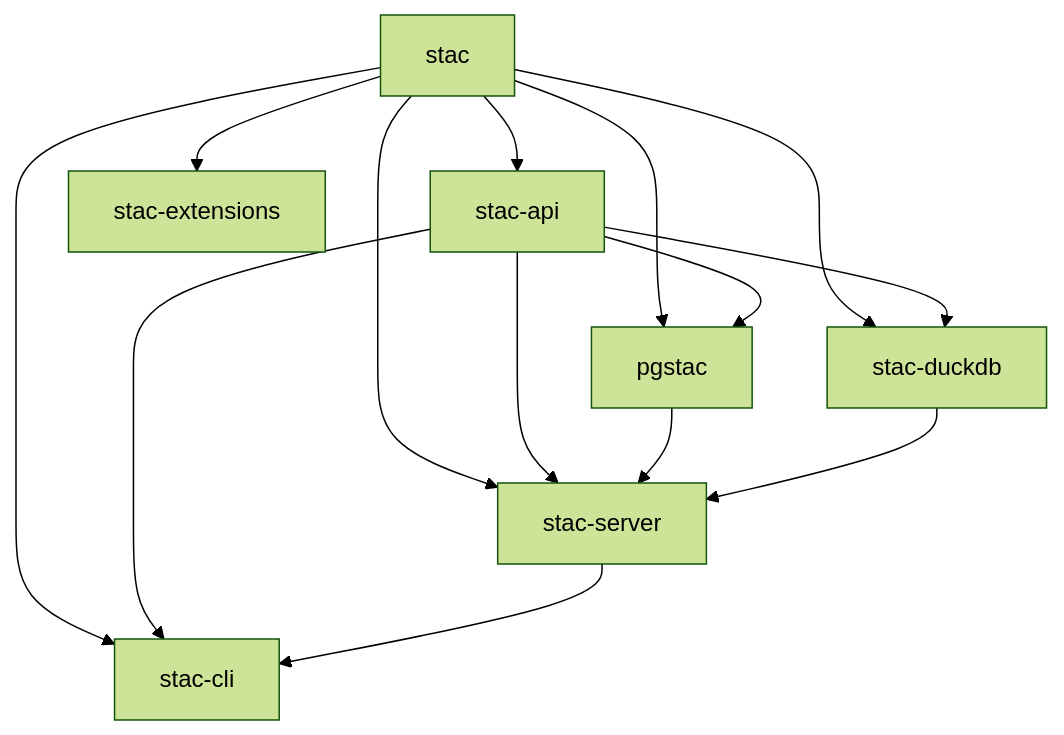
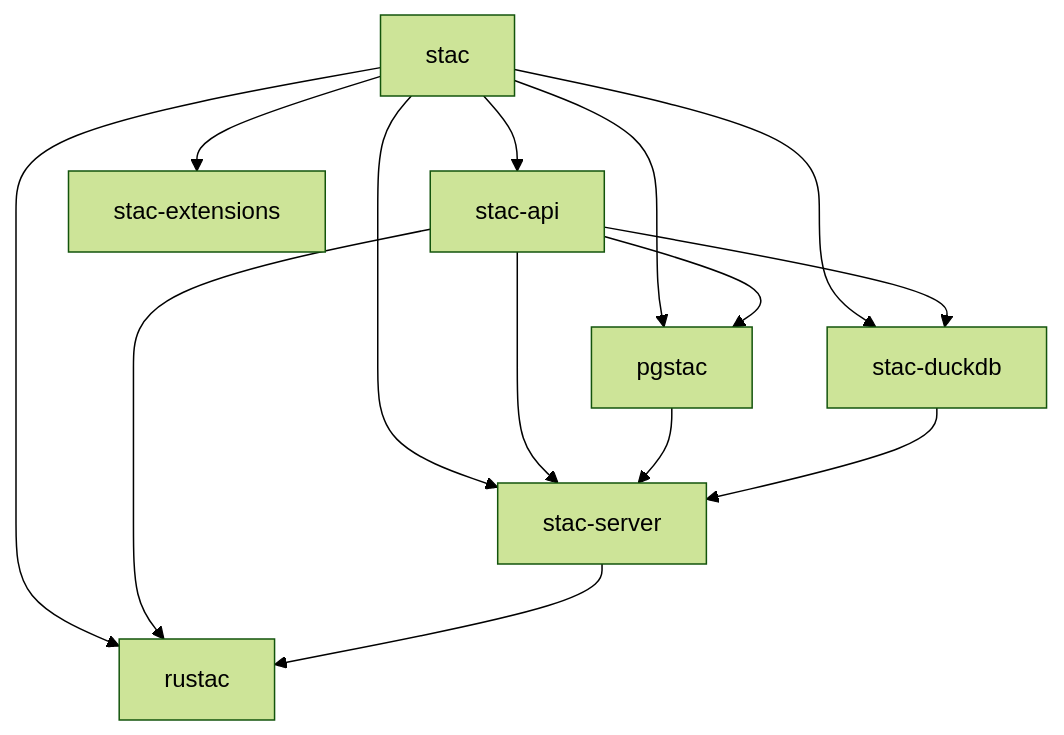
One commit to stac-utils/stac-rs changed the diagram in README.md. Above: the diagram before and after it, drawn with Mermaid (forest theme). The commit also changed other lines of this file and 12 other files, not shown here.

Commit message:
refactor: s/stac-cli/rustac/ (#697)

````diff
--- a/README.md
+++ b/README.md
@@ -84,16 +84,16 @@
 ```mermaid
 graph TD
     stac --> stac-api
     stac --> stac-extensions
-    stac --> stac-cli
+    stac --> rustac
     stac --> pgstac
     stac --> stac-duckdb
     stac --> stac-server
     stac-api --> pgstac
     stac-api --> stac-duckdb
     stac-api --> stac-server
-    stac-api --> stac-cli
+    stac-api --> rustac
     pgstac --> stac-server
     stac-duckdb --> stac-server
-    stac-server --> stac-cli
+    stac-server --> rustac
 ```
````
